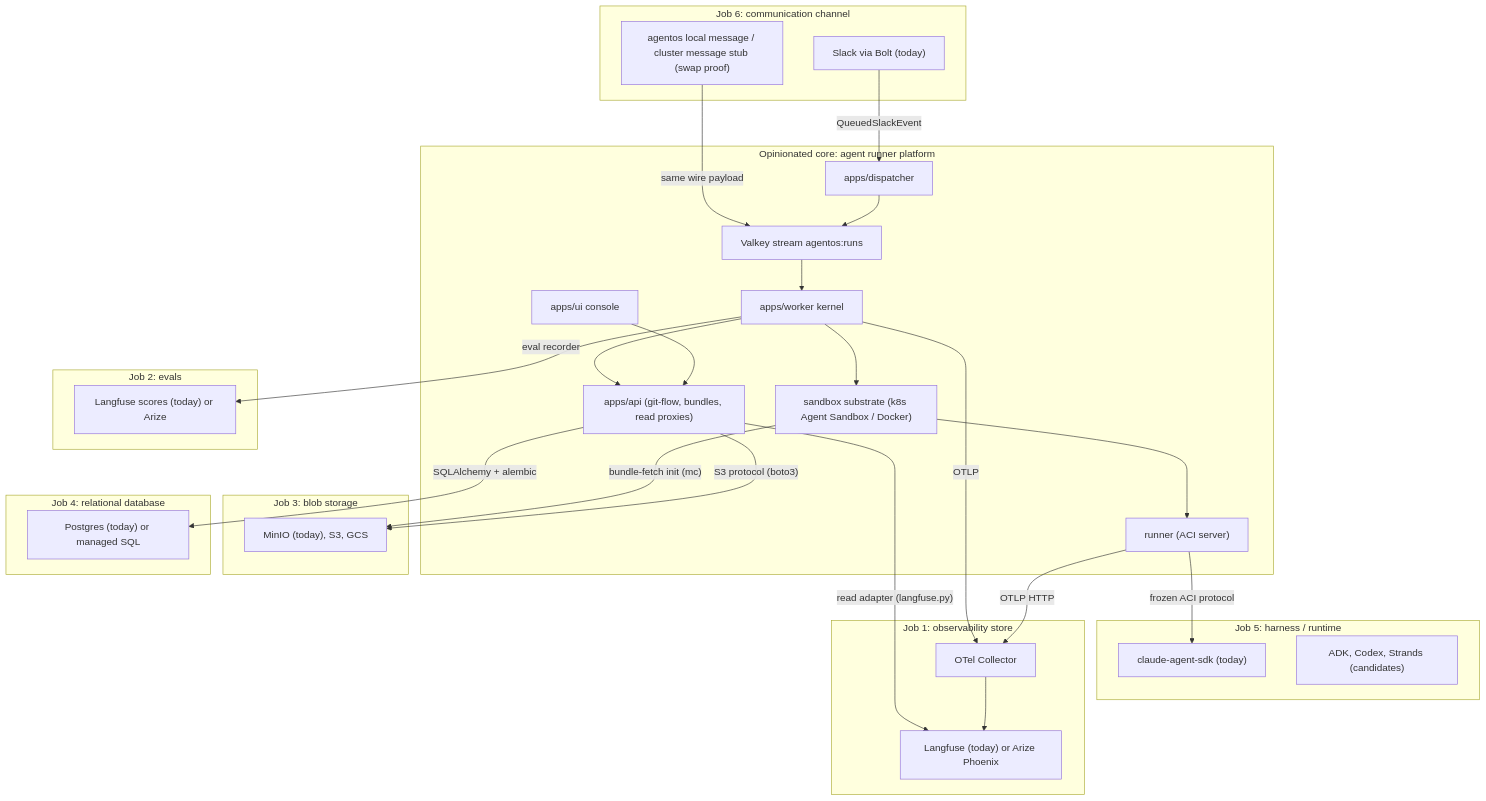
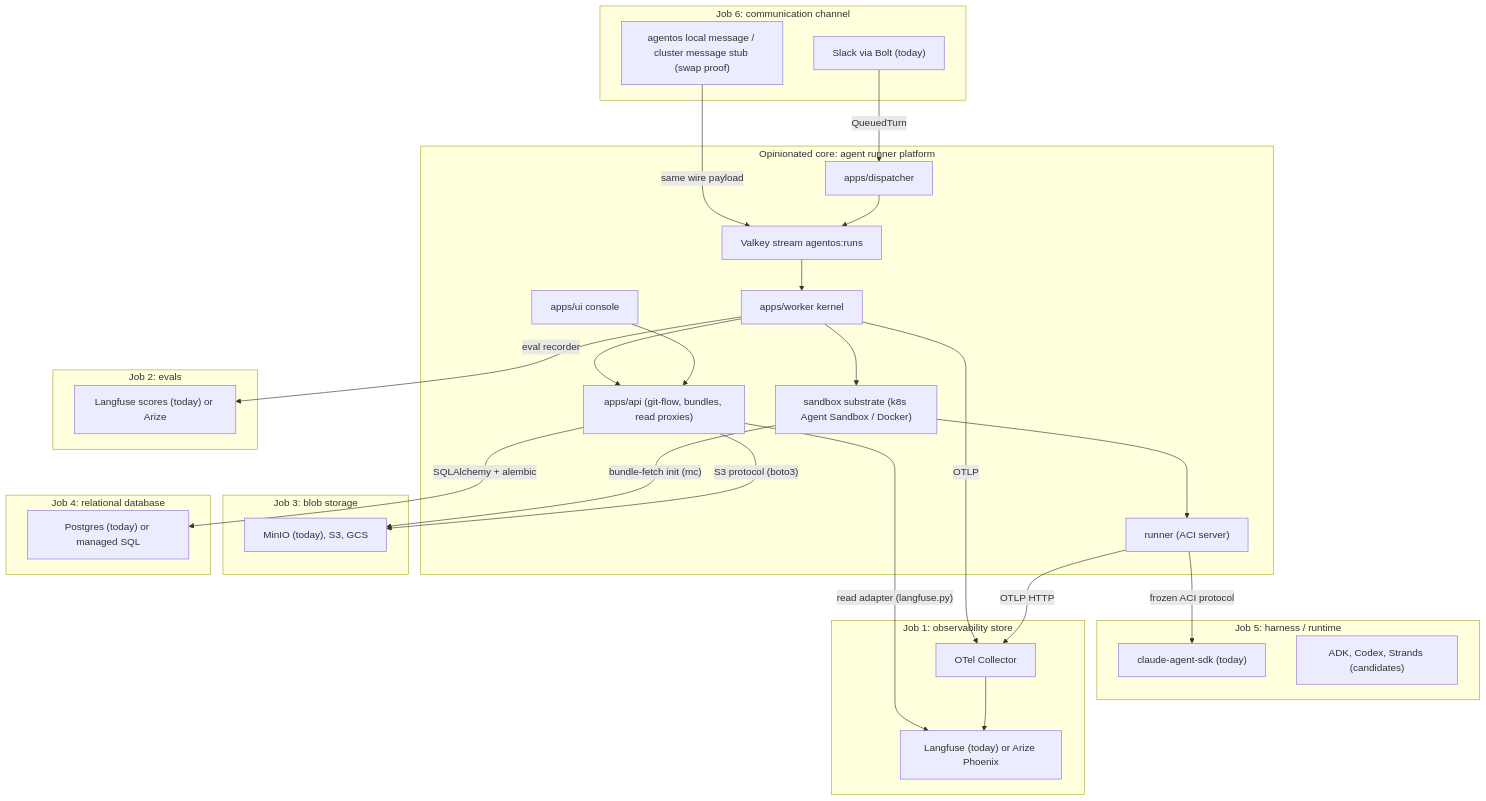
Before and after one commit to coinleftt/curie: the diagram in docs/architecture-vision.md, drawn with Mermaid. The commit also changed other lines of this file and 60 other files, not shown here.

````diff
--- a/docs/architecture-vision.md
+++ b/docs/architecture-vision.md
@@ -216,54 +224,54 @@
 ```mermaid
 flowchart TB
     subgraph channel["Job 6: communication channel"]
         Slack["Slack via Bolt (today)"]
         CLIStub["agentos local message / cluster message stub (swap proof)"]
     end
 
     subgraph core["Opinionated core: agent runner platform"]
         Dispatcher["apps/dispatcher"]
         Queue["Valkey stream agentos:runs"]
         Worker["apps/worker kernel"]
         Substrate["sandbox substrate (k8s Agent Sandbox / Docker)"]
         Runner["runner (ACI server)"]
         API["apps/api (git-flow, bundles, read proxies)"]
         UI["apps/ui console"]
         Dispatcher --> Queue --> Worker --> Substrate --> Runner
         UI --> API
         Worker --> API
     end
 
     subgraph harness["Job 5: harness / runtime"]
         SDK["claude-agent-sdk (today)"]
         HarnessAlt["ADK, Codex, Strands (candidates)"]
     end
 
     subgraph obs["Job 1: observability store"]
         Collector["OTel Collector"]
         Langfuse["Langfuse (today) or Arize Phoenix"]
         Collector --> Langfuse
     end
 
     subgraph evals["Job 2: evals"]
         EvalStore["Langfuse scores (today) or Arize"]
     end
 
     subgraph blob["Job 3: blob storage"]
         S3["MinIO (today), S3, GCS"]
     end
 
     subgraph db["Job 4: relational database"]
         PG["Postgres (today) or managed SQL"]
     end
 
-    Slack -- "QueuedSlackEvent" --> Dispatcher
+    Slack -- "QueuedTurn" --> Dispatcher
     CLIStub -- "same wire payload" --> Queue
     Runner -- "frozen ACI protocol" --> SDK
     Runner -- "OTLP HTTP" --> Collector
     Worker -- "OTLP" --> Collector
     API -- "read adapter (langfuse.py)" --> Langfuse
     Worker -- "eval recorder" --> EvalStore
     API -- "S3 protocol (boto3)" --> S3
     Substrate -- "bundle-fetch init (mc)" --> S3
     API -- "SQLAlchemy + alembic" --> PG
 ```
````
